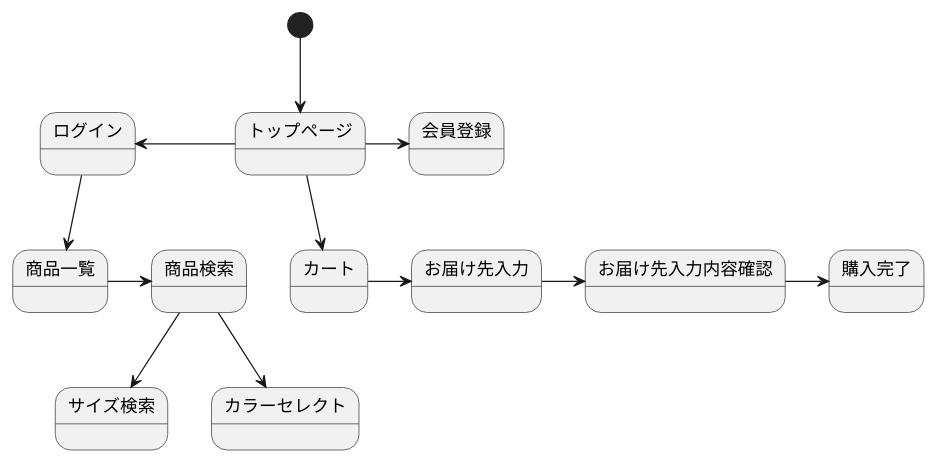
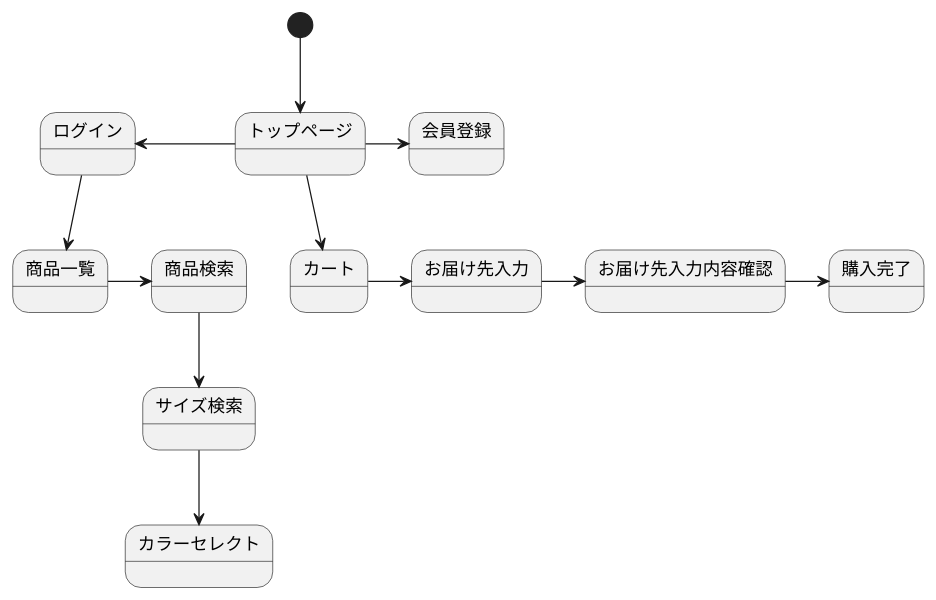
One commit to Aso2001379/2021sys-desing changed the diagram in kadai12.md. Above: the diagram before and after it, drawn with PlantUML.

````diff
--- a/kadai12.md
+++ b/kadai12.md
@@ -1,15 +1,15 @@
 ```uml
 @startuml
 [*] --> トップページ
 トップページ -> 会員登録
 トップページ -left-> ログイン
 ログイン --> 商品一覧
 商品一覧 -> 商品検索
 商品検索 --> サイズ検索
-商品検索 --> カラーセレクト
+サイズ検索 --> カラーセレクト
 トップページ --> カート
 カート -> お届け先入力
 お届け先入力 -> お届け先入力内容確認
 お届け先入力内容確認 -> 購入完了
 @enduml
 ```
````
